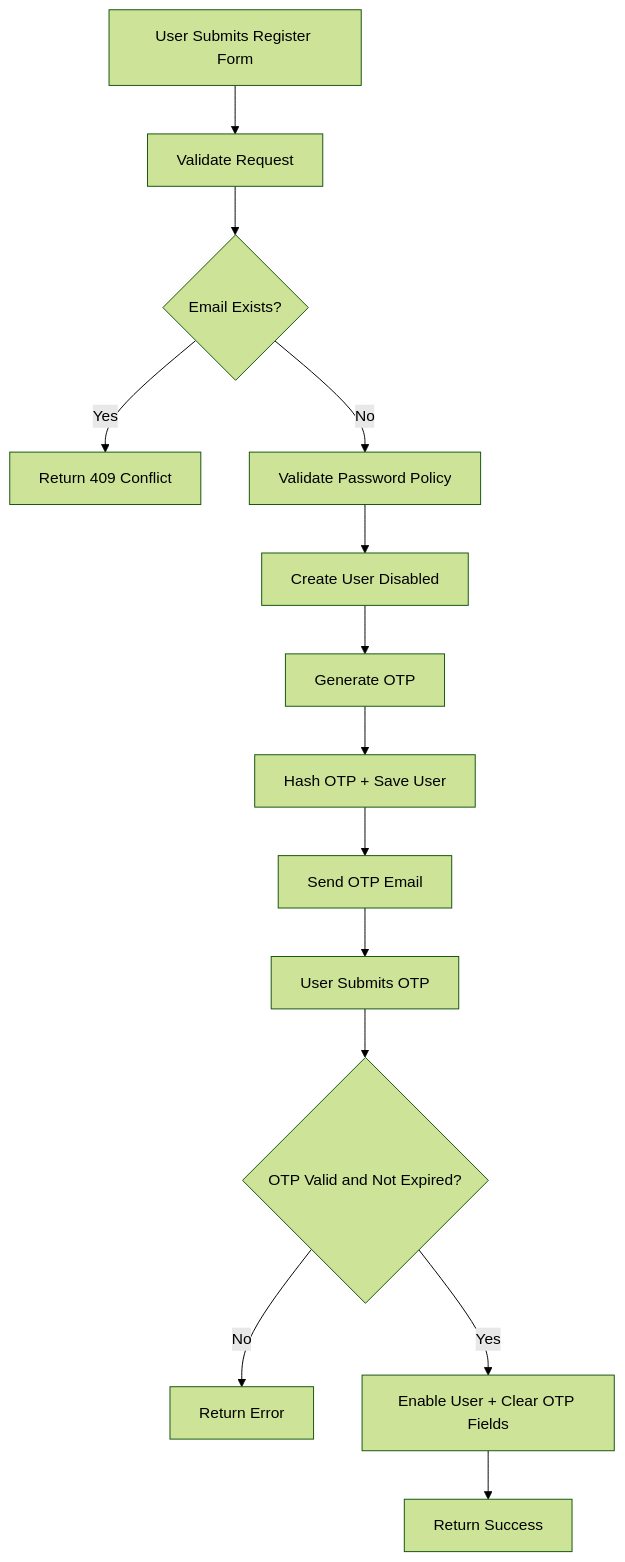
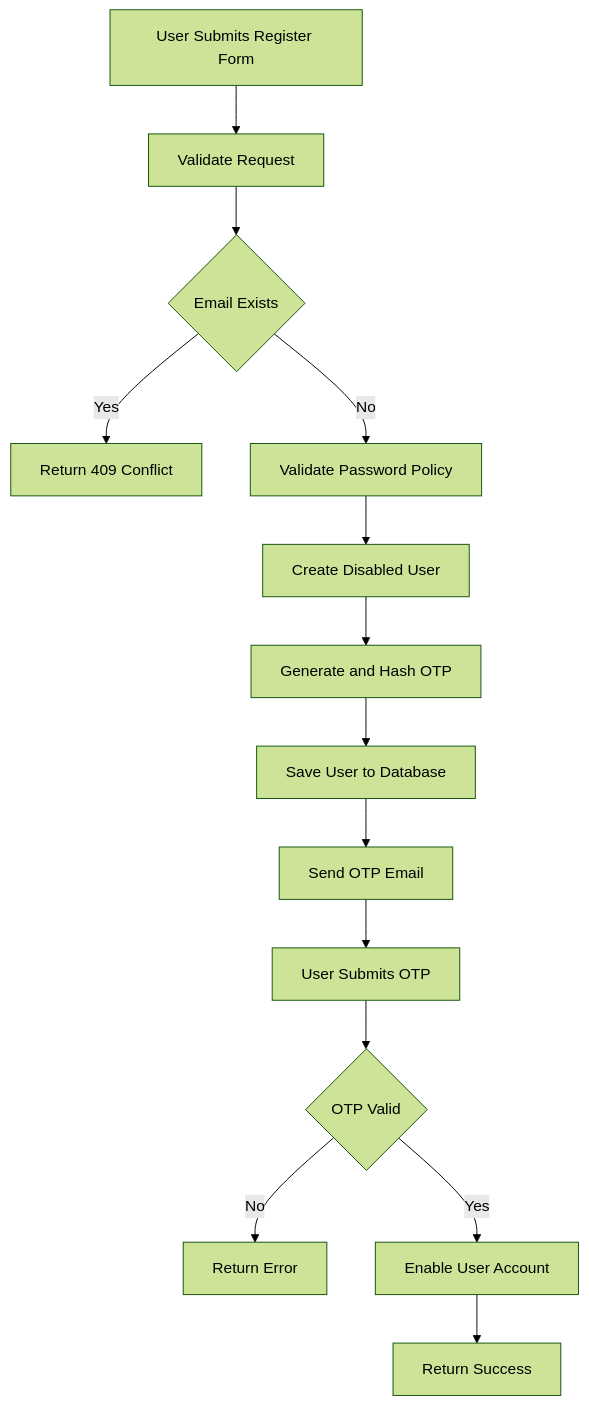
One commit to himanshugupta91/Full-Stack-Authentication-System changed diagram 11 of 12 in README.md. Above: the diagram before and after it, drawn with Mermaid (forest theme). The commit also changed other lines of this file, not shown here.

Commit message:
Rewrite all 12 mermaid diagrams from scratch with plain GitHub-compatible syntax

````diff
--- a/README.md
+++ b/README.md
@@ -496,16 +459,16 @@
 ```mermaid
-flowchart TD
+graph TD
     A[User Submits Register Form] --> B[Validate Request]
-    B --> C{Email Exists?}
+    B --> C{Email Exists}
     C -- Yes --> D[Return 409 Conflict]
     C -- No --> E[Validate Password Policy]
-    E --> F[Create User Disabled]
-    F --> G[Generate OTP]
-    G --> H[Hash OTP + Save User]
+    E --> F[Create Disabled User]
+    F --> G[Generate and Hash OTP]
+    G --> H[Save User to Database]
     H --> I[Send OTP Email]
     I --> J[User Submits OTP]
-    J --> K{OTP Valid and Not Expired?}
+    J --> K{OTP Valid}
     K -- No --> L[Return Error]
-    K -- Yes --> M[Enable User + Clear OTP Fields]
+    K -- Yes --> M[Enable User Account]
     M --> N[Return Success]
 ```
````
